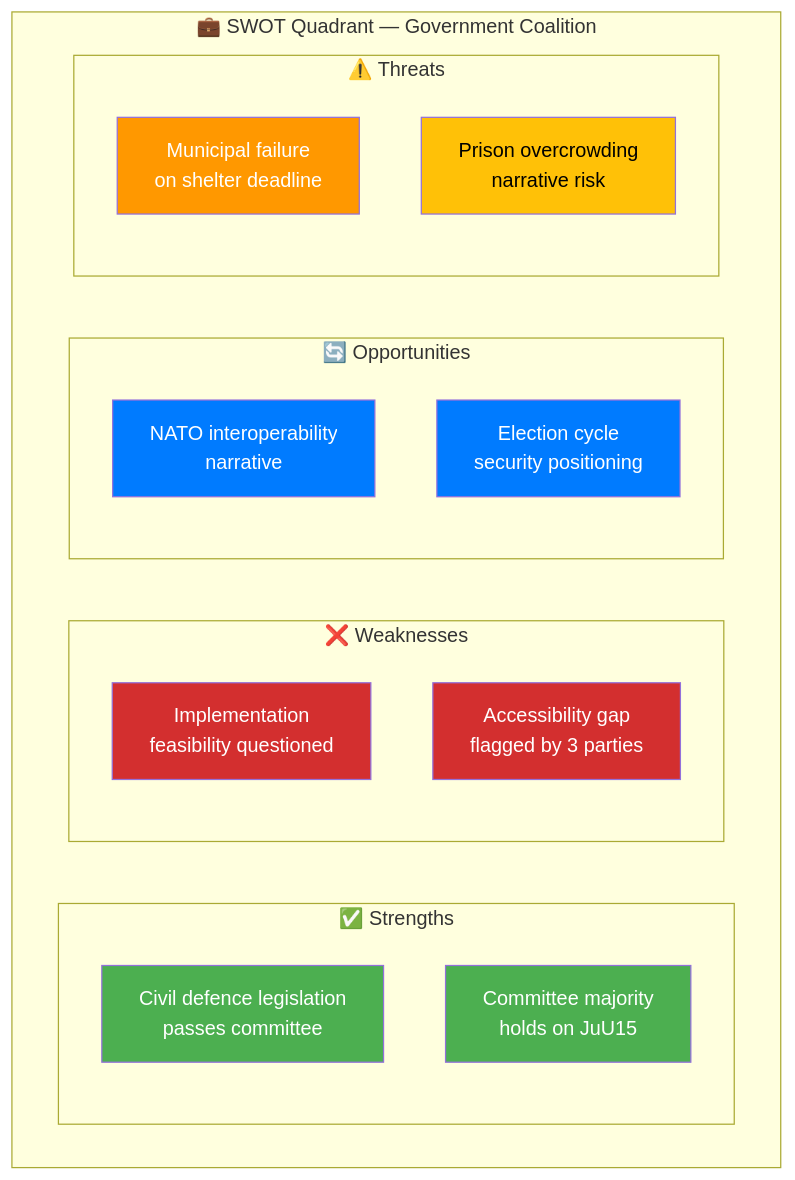
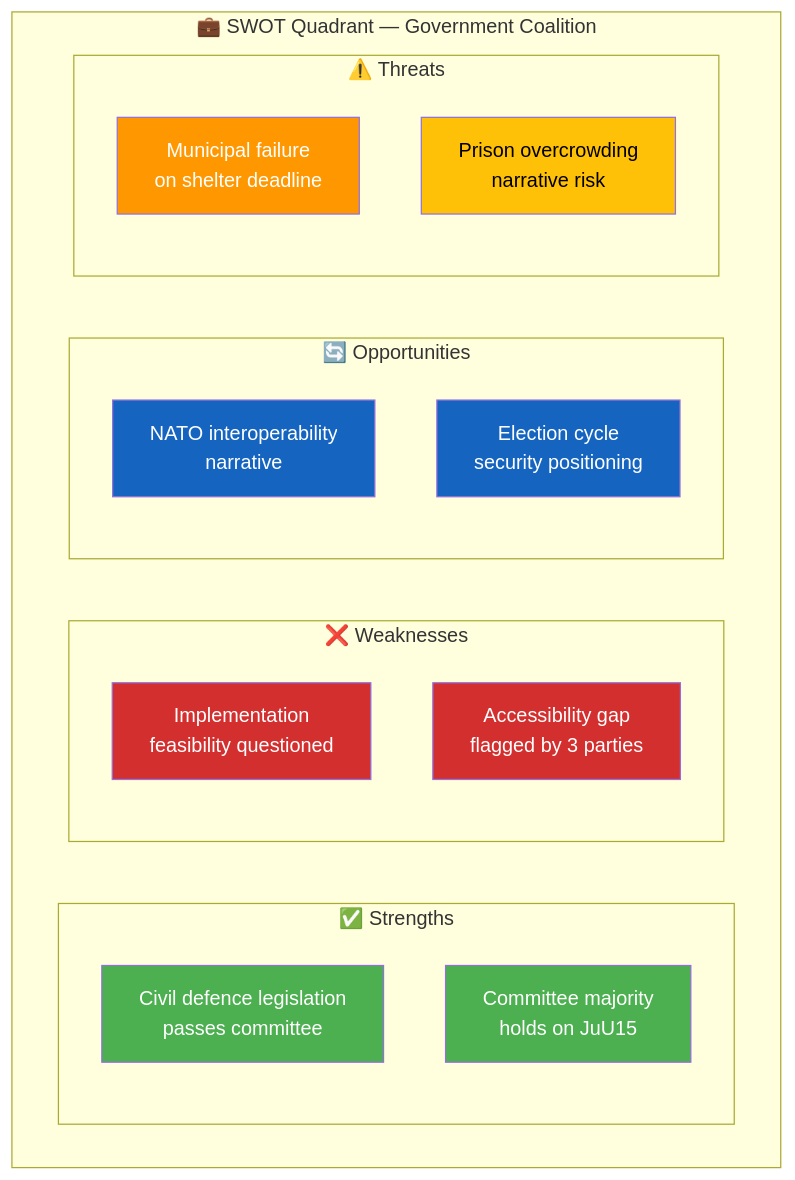
The diagram in analysis/daily/2026-04-03/committeeReports/swot-analysis.md (Hack23/riksdagsmonitor), drawn with Mermaid before and after one commit. The commit also changed 121 other files, not shown here.

````diff
--- a/analysis/daily/2026-04-03/committeeReports/swot-analysis.md
+++ b/analysis/daily/2026-04-03/committeeReports/swot-analysis.md
@@ -85,30 +85,30 @@
 ```mermaid
 graph TD
     subgraph "💼 SWOT Quadrant — Government Coalition"
         subgraph "✅ Strengths"
             GS1["Civil defence legislation<br/>passes committee"]
             GS2["Committee majority<br/>holds on JuU15"]
         end
         subgraph "❌ Weaknesses"
             GW1["Implementation<br/>feasibility questioned"]
             GW2["Accessibility gap<br/>flagged by 3 parties"]
         end
         subgraph "🔄 Opportunities"
             GO1["NATO interoperability<br/>narrative"]
             GO2["Election cycle<br/>security positioning"]
         end
         subgraph "⚠️ Threats"
             GT1["Municipal failure<br/>on shelter deadline"]
             GT2["Prison overcrowding<br/>narrative risk"]
         end
     end
 
     style GS1 fill:#4CAF50,color:#FFFFFF
     style GS2 fill:#4CAF50,color:#FFFFFF
     style GW1 fill:#D32F2F,color:#FFFFFF
     style GW2 fill:#D32F2F,color:#FFFFFF
-    style GO1 fill:#007bff,color:#FFFFFF
-    style GO2 fill:#007bff,color:#FFFFFF
+    style GO1 fill:#1565C0,color:#FFFFFF
+    style GO2 fill:#1565C0,color:#FFFFFF
     style GT1 fill:#FF9800,color:#FFFFFF
     style GT2 fill:#FFC107,color:#000000
 ```
````
